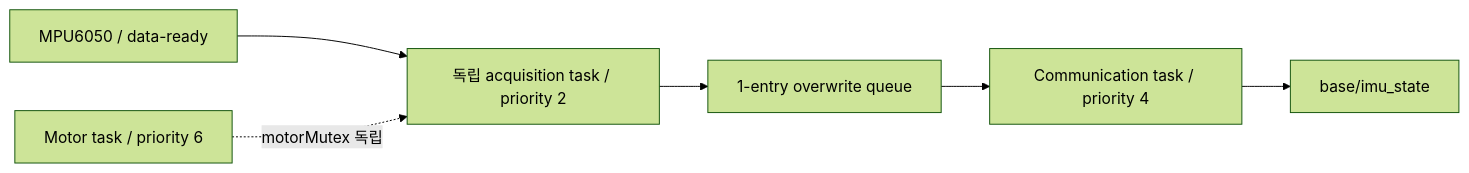
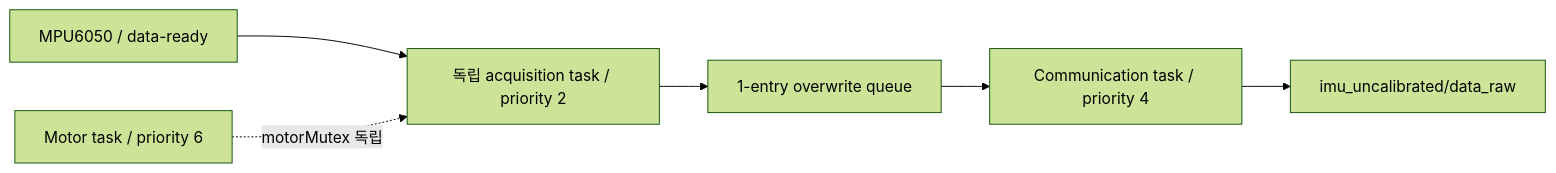
The third of 3 diagrams in esp32/README.md (asm17-moving-agent/cleany), drawn with Mermaid (forest theme) before and after one commit. The commit also changed other lines of this file and 41 other files, not shown here.

````diff
--- a/esp32/README.md
+++ b/esp32/README.md
@@ -106,8 +119,8 @@
 ```mermaid
 flowchart LR
     IMU["MPU6050 / data-ready"] --> Task["독립 acquisition task / priority 2"]
     Task --> Queue["1-entry overwrite queue"]
     Queue --> Comm["Communication task / priority 4"]
-    Comm --> ROS["base/imu_state"]
+    Comm --> ROS["imu_uncalibrated/data_raw"]
     Motor["Motor task / priority 6"] -. motorMutex 독립 .-> Task
 ```
````
